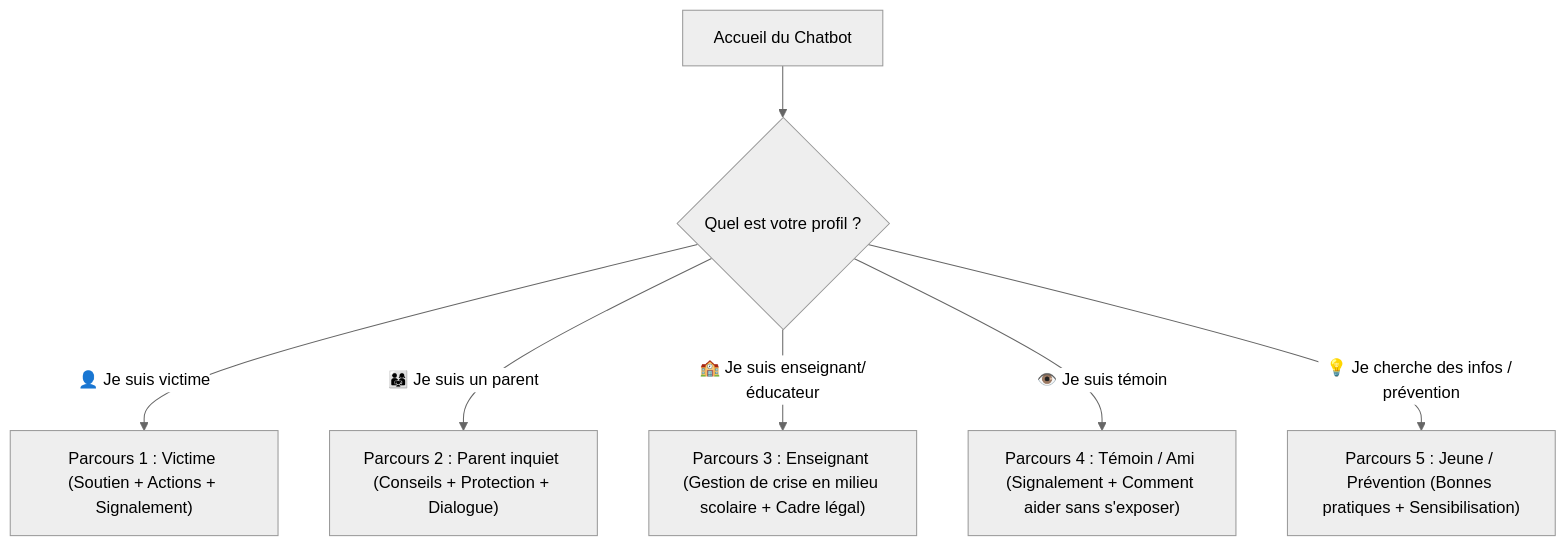
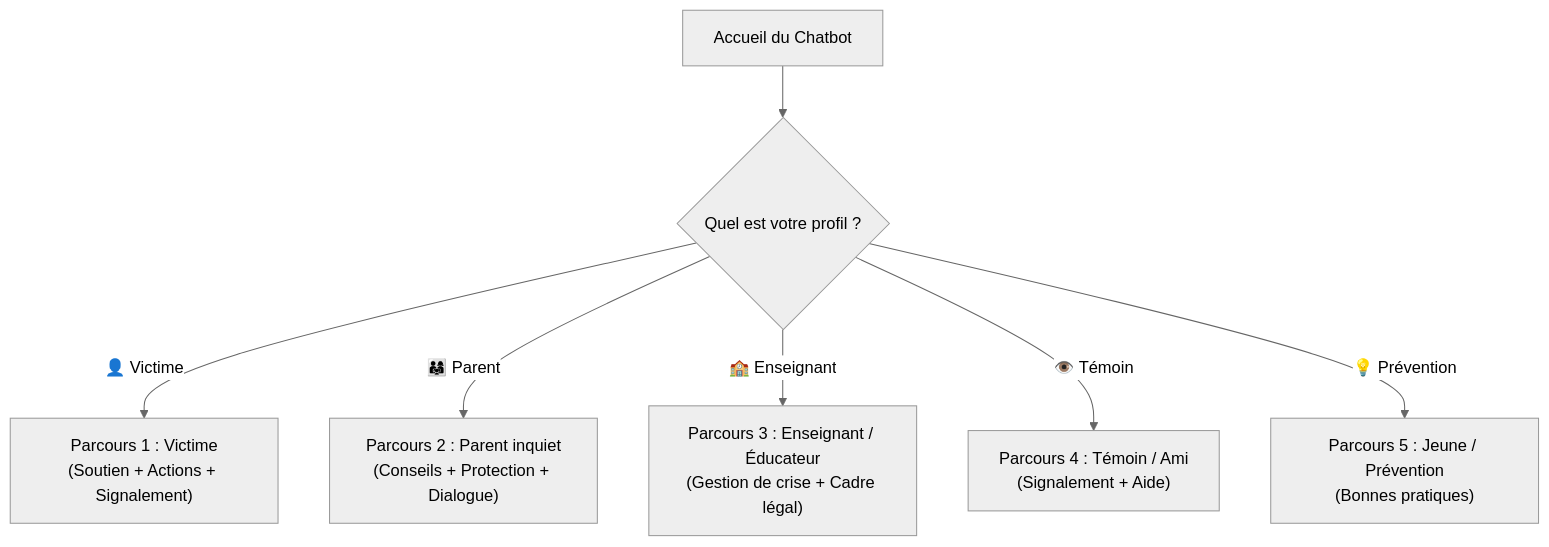
One commit to SALMASAID1/Chatbot-IA-multilingue-d-assistance-aux-victimes-de-cyberviolences- changed the second of 7 diagrams in docs/scenarios_conversationnels.md. Above: the diagram before and after it, drawn with Mermaid (neutral theme). The commit also changed other lines of this file, not shown here.

````diff
--- a/docs/scenarios_conversationnels.md
+++ b/docs/scenarios_conversationnels.md
@@ -81,9 +81,9 @@
 ```mermaid
 flowchart TD
     A["Accueil du Chatbot"] --> B{"Quel est votre profil ?"}
-    B -->|👤 Je suis victime| C["Parcours 1 : Victime (Soutien + Actions + Signalement)"]
-    B -->|👨‍👩‍👧 Je suis un parent| D["Parcours 2 : Parent inquiet (Conseils + Protection + Dialogue)"]
-    B -->|🏫 Je suis enseignant/éducateur| E["Parcours 3 : Enseignant (Gestion de crise en milieu scolaire + Cadre légal)"]
-    B -->|👁️ Je suis témoin| F["Parcours 4 : Témoin / Ami (Signalement + Comment aider sans s'exposer)"]
-    B -->|💡 Je cherche des infos / prévention| G["Parcours 5 : Jeune / Prévention (Bonnes pratiques + Sensibilisation)"]
+    B -- "👤 Victime" --> C["Parcours 1 : Victime<br/>(Soutien + Actions + Signalement)"]
+    B -- "👨‍👩‍👧 Parent" --> D["Parcours 2 : Parent inquiet<br/>(Conseils + Protection + Dialogue)"]
+    B -- "🏫 Enseignant" --> E["Parcours 3 : Enseignant / Éducateur<br/>(Gestion de crise + Cadre légal)"]
+    B -- "👁️ Témoin" --> F["Parcours 4 : Témoin / Ami<br/>(Signalement + Aide)"]
+    B -- "💡 Prévention" --> G["Parcours 5 : Jeune / Prévention<br/>(Bonnes pratiques)"]
 ```
````
